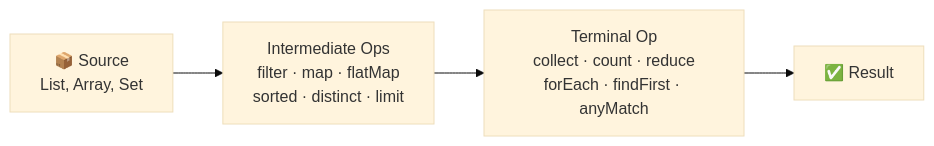
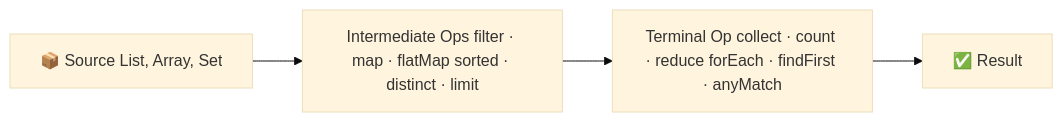
Before and after one commit to naveenkumar1661997/notes: the sixth of 6 diagrams in java.md, drawn with Mermaid (base theme). The commit also changed other lines of this file and 12 other files, not shown here.

```diff
--- a/java.md
+++ b/java.md
@@ -228,6 +212,6 @@
 <pre class="mermaid">
 flowchart LR
-    SRC["📦 Source\nList, Array, Set"] --> INT["Intermediate Ops\nfilter · map · flatMap\nsorted · distinct · limit"]
-    INT --> TERM["Terminal Op\ncollect · count · reduce\nforEach · findFirst · anyMatch"]
+    SRC["📦 Source List, Array, Set"] --> INT["Intermediate Ops filter · map · flatMap sorted · distinct · limit"]
+    INT --> TERM["Terminal Op collect · count · reduce forEach · findFirst · anyMatch"]
     TERM --> RES["✅ Result"]
 </pre>
```
